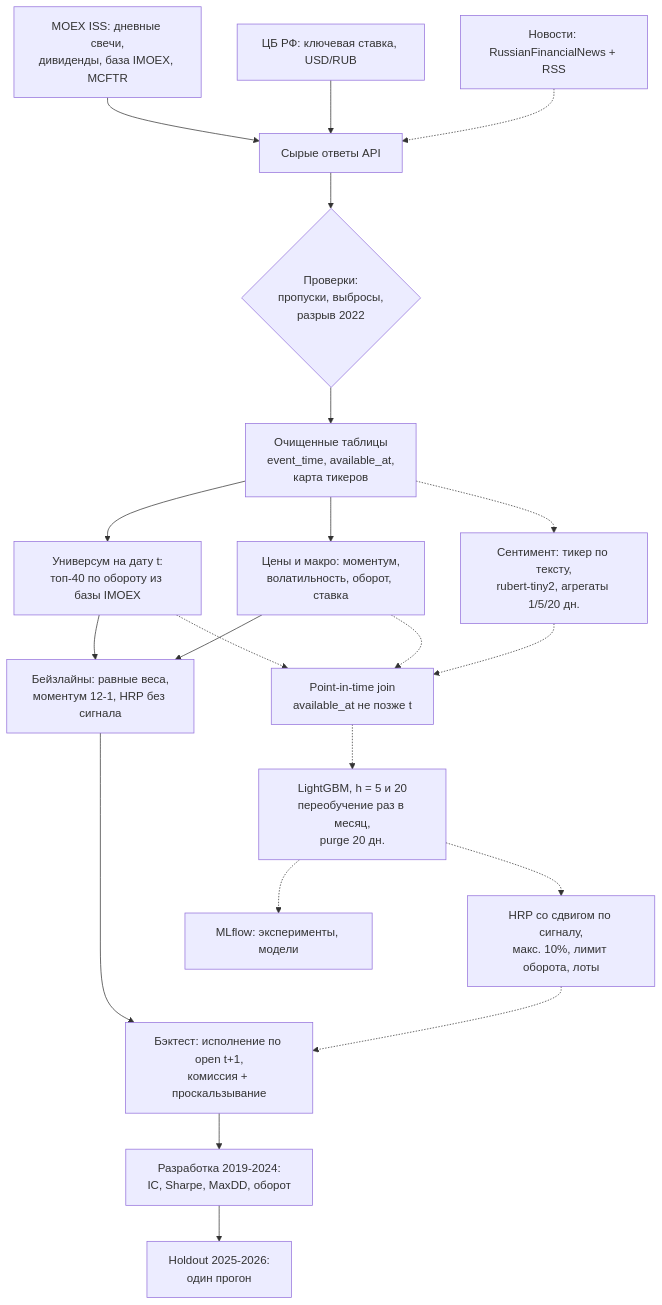
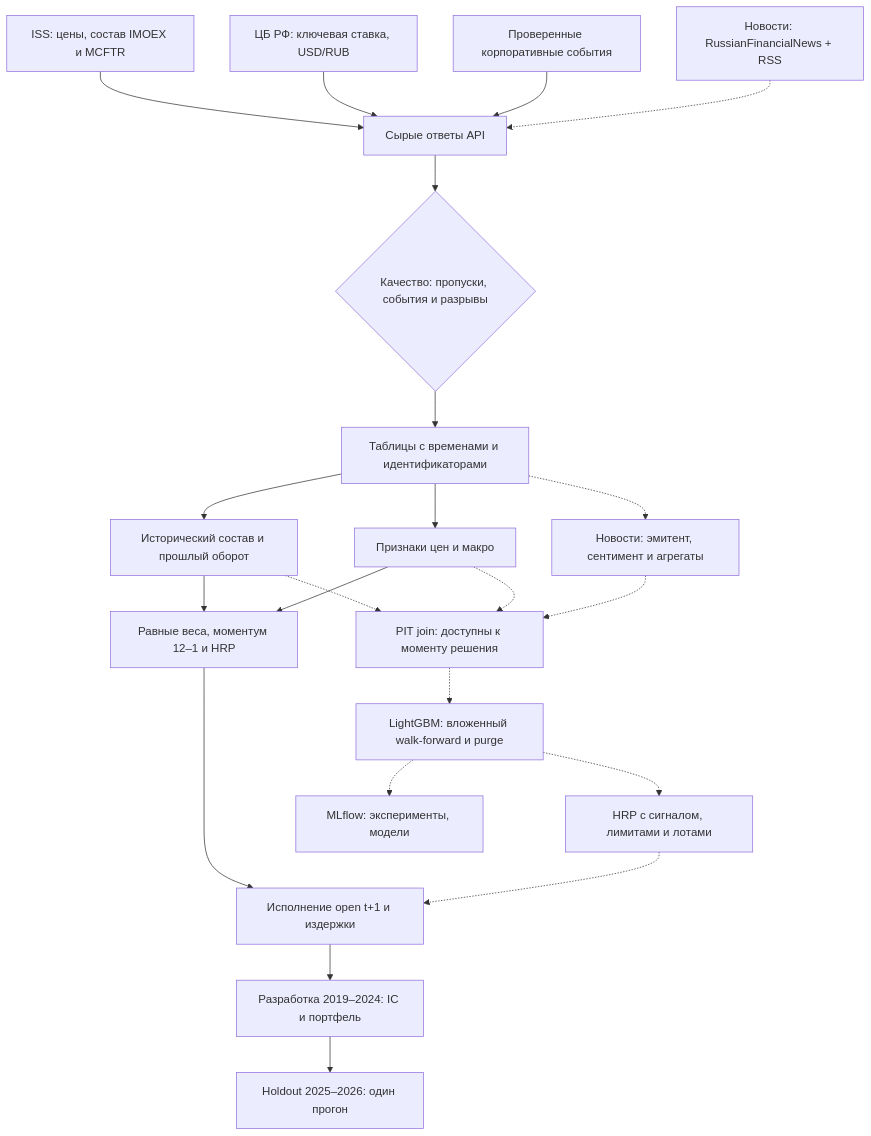
One commit to Dtsyp/moex-portfolio-copilot changed the first of 2 diagrams in docs/ml_system_design_doc.md. Above: the diagram before and after it, drawn with Mermaid. The commit also changed other lines of this file and 45 other files, not shown here.

````diff
--- a/docs/ml_system_design_doc.md
+++ b/docs/ml_system_design_doc.md
@@ -166,28 +170,29 @@
 ```mermaid
 flowchart TB
-    ISS["MOEX ISS: дневные свечи,<br/>дивиденды, база IMOEX, MCFTR"] --> RAW
+    ISS["ISS: цены, состав IMOEX и MCFTR"] --> RAW
     CBR["ЦБ РФ: ключевая ставка, USD/RUB"] --> RAW
+    EVENTS["Проверенные корпоративные события"] --> RAW
     NEWS["Новости: RussianFinancialNews + RSS"] -.-> RAW
 
-    RAW["Сырые ответы API"] --> DQ{"Проверки:<br/>пропуски, выбросы,<br/>разрыв 2022"}
-    DQ --> CLEAN["Очищенные таблицы<br/>event_time, available_at,<br/>карта тикеров"]
+    RAW["Сырые ответы API"] --> DQ{"Качество: пропуски, события и разрывы"}
+    DQ --> CLEAN["Таблицы с временами и идентификаторами"]
 
-    CLEAN --> UNIV["Универсум на дату t:<br/>топ-40 по обороту из базы IMOEX"]
-    CLEAN --> PF["Цены и макро: моментум,<br/>волатильность, оборот, ставка"]
-    CLEAN -.-> NLP["Сентимент: тикер по тексту,<br/>rubert-tiny2, агрегаты 1/5/20 дн."]
+    CLEAN --> UNIV["Исторический состав и прошлый оборот"]
+    CLEAN --> PF["Признаки цен и макро"]
+    CLEAN -.-> NLP["Новости: эмитент, сентимент и агрегаты"]
 
-    UNIV --> BASE["Бейзлайны: равные веса,<br/>моментум 12-1, HRP без сигнала"]
+    UNIV --> BASE["Равные веса, моментум 12–1 и HRP"]
     PF --> BASE
 
-    UNIV -.-> FEAT["Point-in-time join<br/>available_at не позже t"]
+    UNIV -.-> FEAT["PIT join: доступны к моменту решения"]
     PF -.-> FEAT
     NLP -.-> FEAT
-    FEAT -.-> TRAIN["LightGBM, h = 5 и 20<br/>переобучение раз в месяц,<br/>purge 20 дн."]
-    TRAIN -.-> OPT["HRP со сдвигом по сигналу,<br/>макс. 10%, лимит оборота, лоты"]
+    FEAT -.-> TRAIN["LightGBM: вложенный walk-forward и purge"]
+    TRAIN -.-> OPT["HRP с сигналом, лимитами и лотами"]
 
-    BASE --> BT["Бэктест: исполнение по open t+1,<br/>комиссия + проскальзывание"]
+    BASE --> BT["Исполнение open t+1 и издержки"]
     OPT -.-> BT
-    BT --> DEV["Разработка 2019-2024:<br/>IC, Sharpe, MaxDD, оборот"]
-    DEV --> HOLD["Holdout 2025-2026:<br/>один прогон"]
+    BT --> DEV["Разработка 2019–2024: IC и портфель"]
+    DEV --> HOLD["Holdout 2025–2026: один прогон"]
     TRAIN -.-> MLF["MLflow: эксперименты, модели"]
 ```
````
